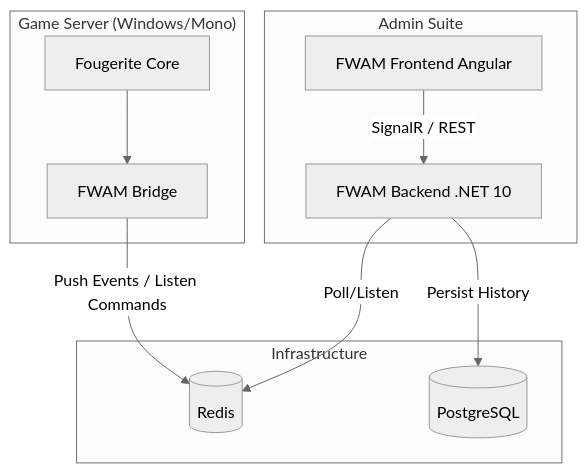
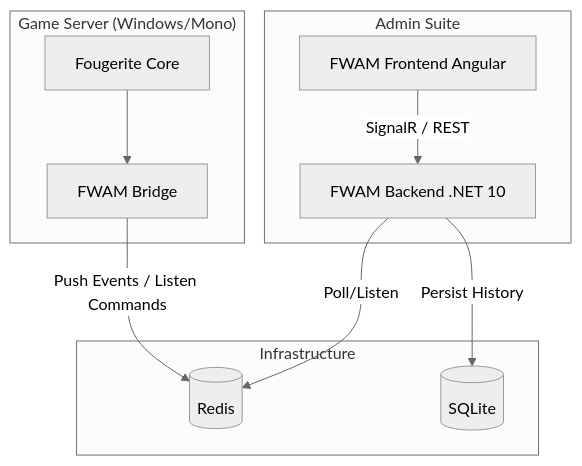
One commit to GabrielTrigo/fougerite-web-admin-manager changed the diagram in README.md. Above: the diagram before and after it, drawn with Mermaid (neutral theme). The commit also changed other lines of this file and 10 other files, not shown here.

Commit message:
feat: initialize fwam-backend project with EF Core SQLite, SignalR integration, and architectural documentation.

````diff
--- a/README.md
+++ b/README.md
@@ -24,21 +24,21 @@
 ```mermaid
 graph TD
     subgraph "Game Server (Windows/Mono)"
         F[Fougerite Core] --> B[FWAM Bridge]
     end
 
     subgraph "Infrastructure"
         R[(Redis)]
-        P[(PostgreSQL)]
+        P[(SQLite)]
     end
 
     subgraph "Admin Suite"
         API[FWAM Backend .NET 10]
         UI[FWAM Frontend Angular]
     end
 
     B -- "Push Events / Listen Commands" --> R
     API -- "Poll/Listen" --> R
     API -- "Persist History" --> P
     UI -- "SignalR / REST" --> API
 ```
````
